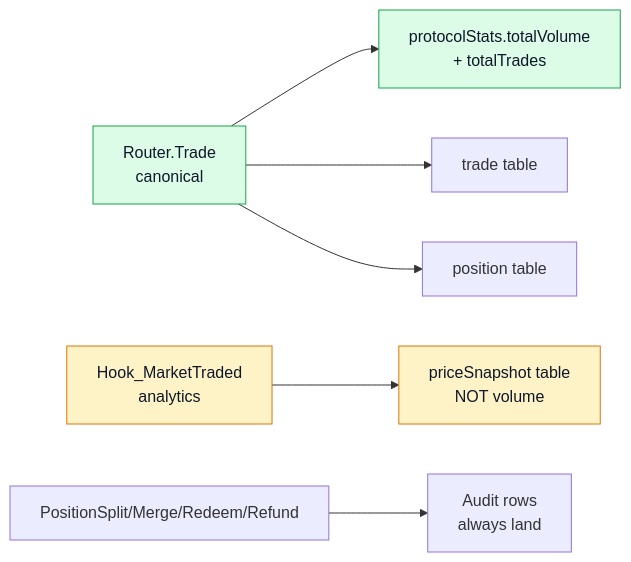
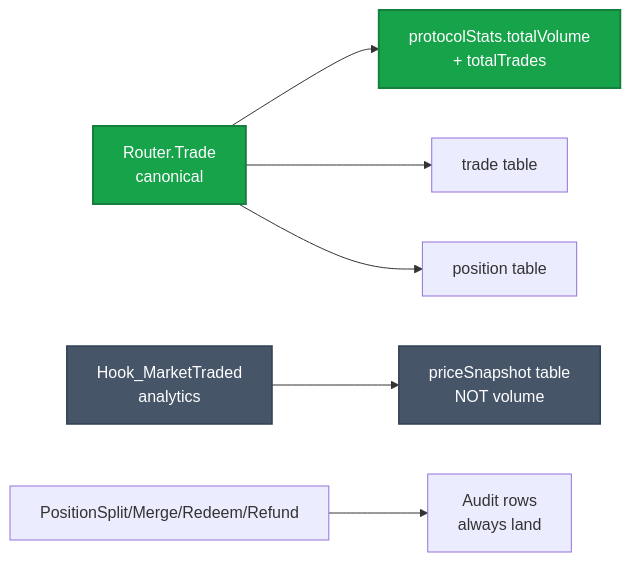
Before and after one commit to PrediX-Protocol/predix-docs: the diagram in vi_v6/developers/events-reference.md, drawn with Mermaid. The commit also changed 32 other files, not shown here.

First line of the commit message:
docs(vi_v6): redesign Mermaid theme — solid mid-tone palette + dark theme

````diff
--- a/vi_v6/developers/events-reference.md
+++ b/vi_v6/developers/events-reference.md
@@ -7,13 +7,13 @@
 ```mermaid
 flowchart LR
     Router[Router.Trade<br/>canonical] --> ProtoStats[protocolStats.totalVolume<br/>+ totalTrades]
     Router --> Trade[trade table]
     Router --> Position[position table]
     Hook[Hook_MarketTraded<br/>analytics] --> PriceSnap[priceSnapshot table<br/>NOT volume]
     MF[PositionSplit/Merge/Redeem/Refund] --> Audit[Audit rows<br/>always land]
 
-    classDef canon fill:#dcfce7,stroke:#16a34a,color:#0f172a
-    classDef analy fill:#fef3c7,stroke:#d97706,color:#0f172a
+    classDef canon fill:#16a34a,stroke:#15803d,color:#fff,stroke-width:2px
+    classDef analy fill:#475569,stroke:#334155,color:#fff,stroke-width:1.5px
     class Router,ProtoStats canon
     class Hook,PriceSnap analy
 ```
````
